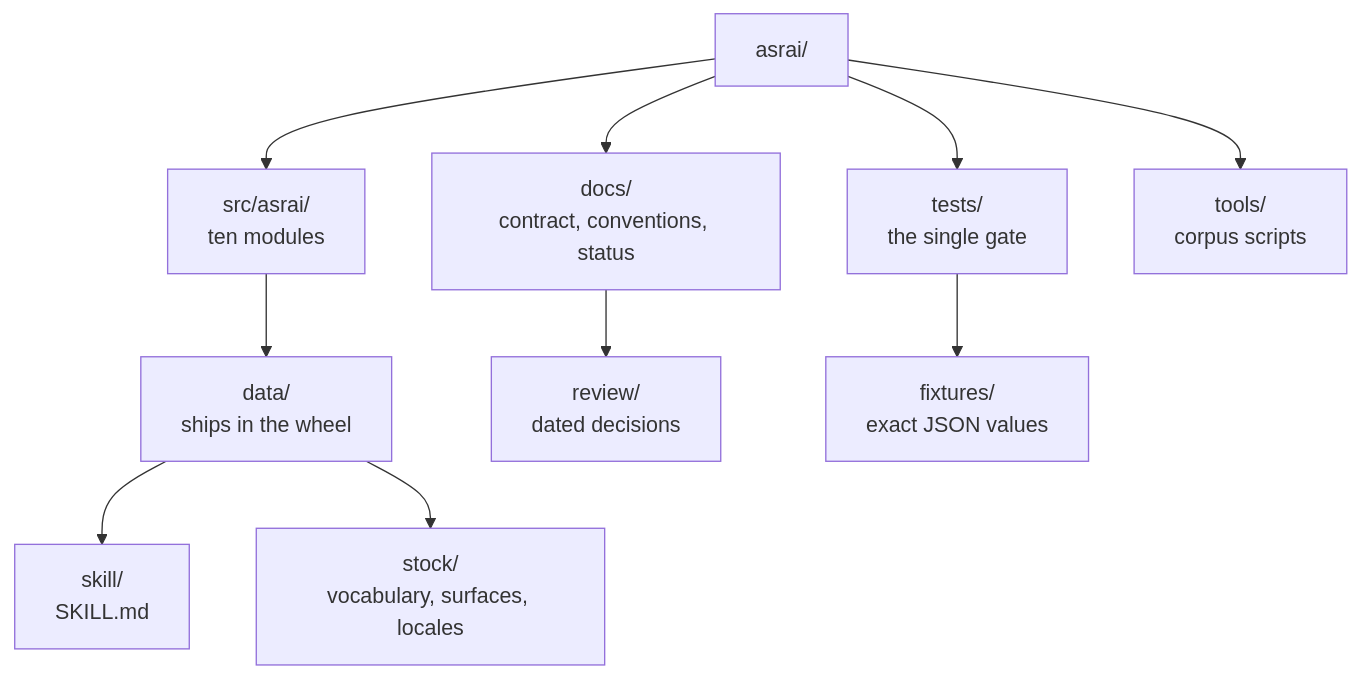
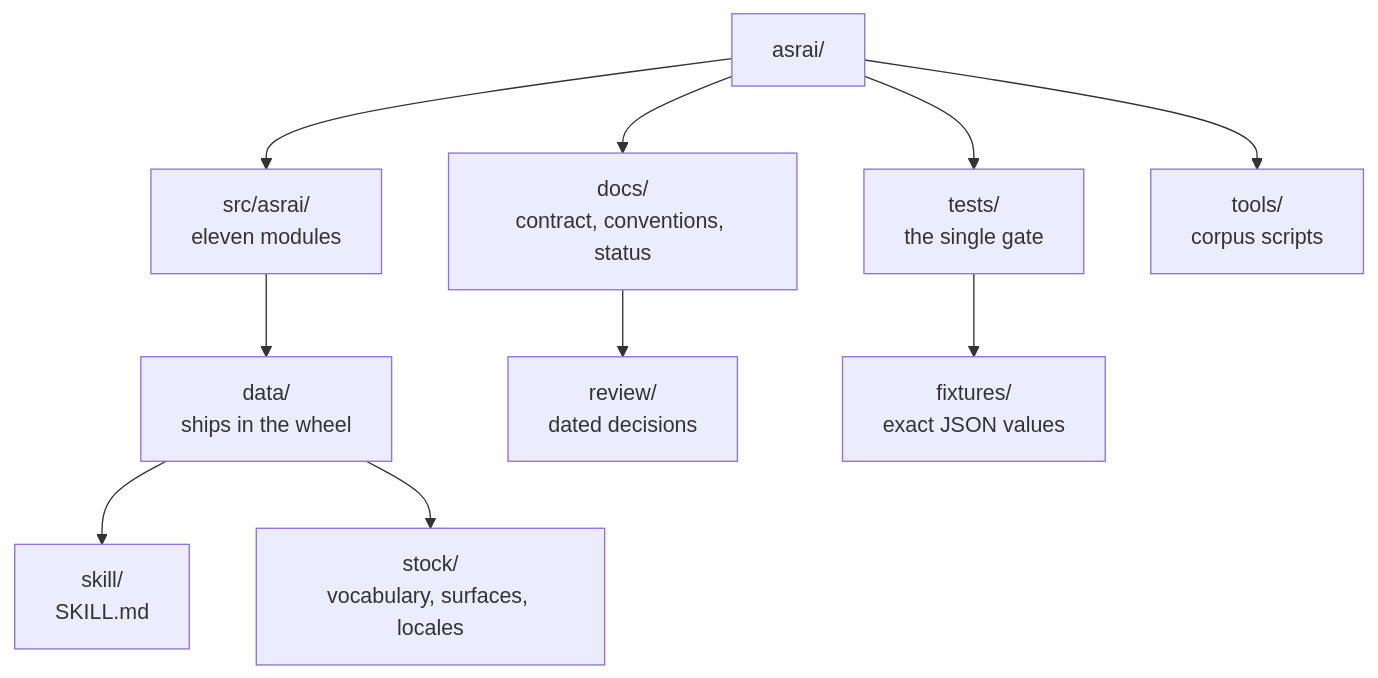
The diagram in README.md (Stdev17/asrai), drawn with Mermaid before and after one commit. The commit also changed other lines of this file and 13 other files, not shown here.

````diff
--- a/README.md
+++ b/README.md
@@ -74,8 +74,8 @@
 ```mermaid
 flowchart TD
-    ROOT["asrai/"] --> SRC["src/asrai/<br/>ten modules"] & DOCS["docs/<br/>contract, conventions, status"] & TESTS["tests/<br/>the single gate"] & TOOLS["tools/<br/>corpus scripts"]
+    ROOT["asrai/"] --> SRC["src/asrai/<br/>eleven modules"] & DOCS["docs/<br/>contract, conventions, status"] & TESTS["tests/<br/>the single gate"] & TOOLS["tools/<br/>corpus scripts"]
     SRC --> DATA["data/<br/>ships in the wheel"]
     DATA --> SKILL["skill/<br/>SKILL.md"] & STOCK["stock/<br/>vocabulary, surfaces, locales"]
     DOCS --> REVIEW["review/<br/>dated decisions"]
     TESTS --> FIX["fixtures/<br/>exact JSON values"]
 ```
````
